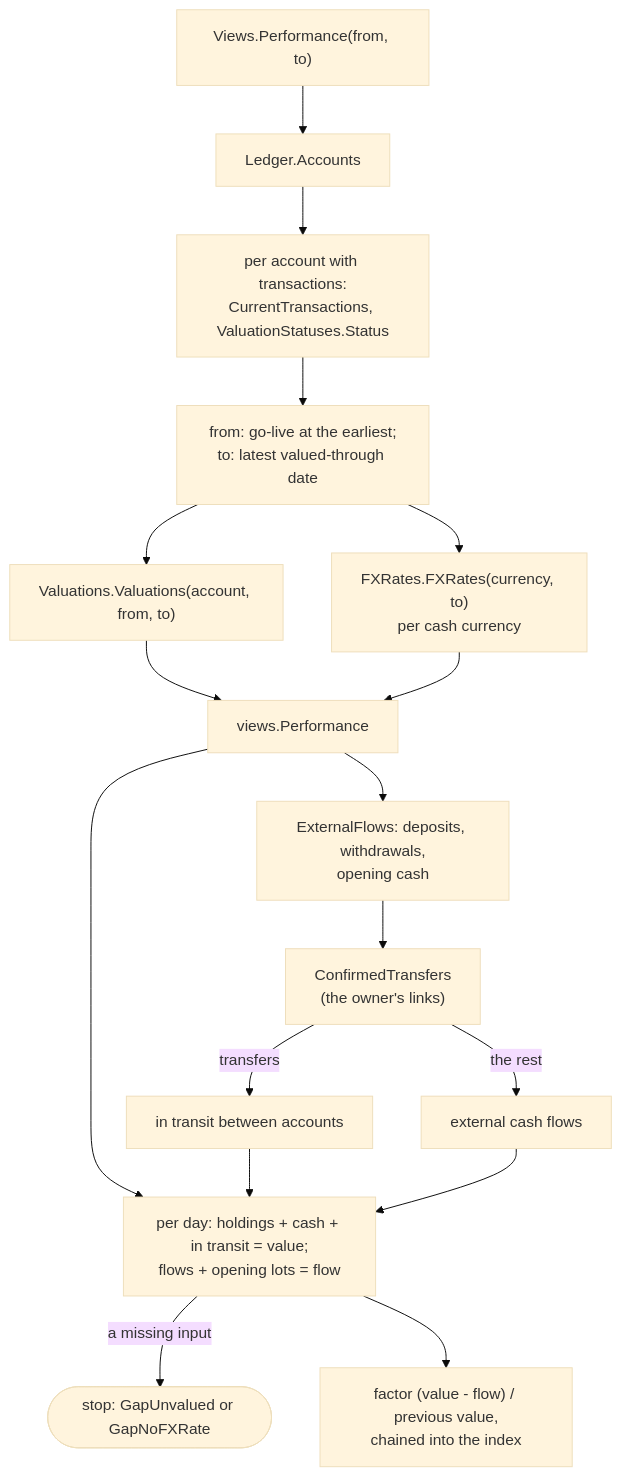
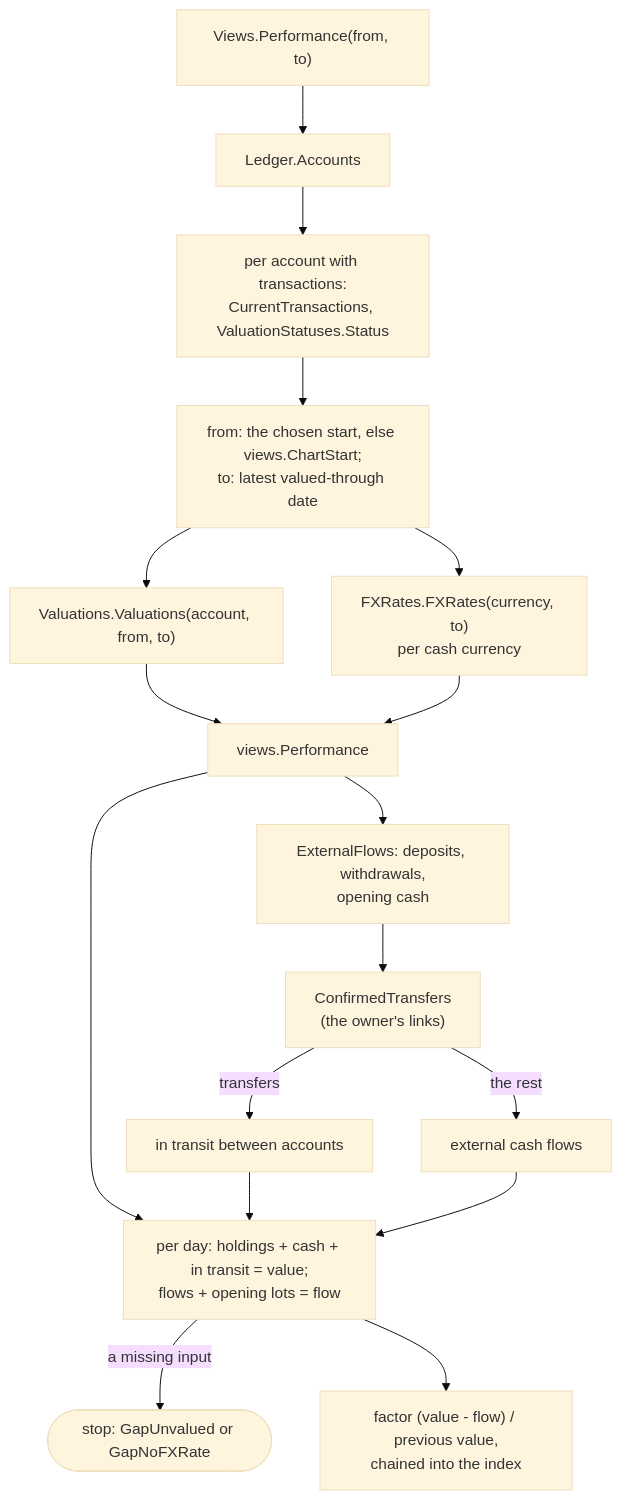
One commit to arkadiuss/openfief changed the fourth of 4 diagrams in docs/concepts/read-api.md. Above: the diagram before and after it, drawn with Mermaid (base theme). The commit also changed other lines of this file and 107 other files, not shown here.

````diff
--- a/docs/concepts/read-api.md
+++ b/docs/concepts/read-api.md
@@ -209,17 +211,17 @@
 ```mermaid
 flowchart TD
   start["Views.Performance(from, to)"] --> accts["Ledger.Accounts"]
   accts --> each["per account with transactions:<br/>CurrentTransactions, ValuationStatuses.Status"]
-  each --> range["from: go-live at the earliest;<br/>to: latest valued-through date"]
+  each --> range["from: the chosen start, else views.ChartStart;<br/>to: latest valued-through date"]
   range --> vals["Valuations.Valuations(account, from, to)"]
   range --> rates["FXRates.FXRates(currency, to)<br/>per cash currency"]
   vals & rates --> perf["views.Performance"]
   perf --> flows["ExternalFlows: deposits, withdrawals,<br/>opening cash"]
   flows --> match["ConfirmedTransfers<br/>(the owner's links)"]
   match -- "transfers" --> transit["in transit between accounts"]
   match -- "the rest" --> ext["external cash flows"]
   perf --> days["per day: holdings + cash + in transit = value;<br/>flows + opening lots = flow"]
   transit & ext --> days
   days -- "a missing input" --> gap(["stop: GapUnvalued or GapNoFXRate"])
   days --> chain["factor (value - flow) / previous value,<br/>chained into the index"]
 ```
````
